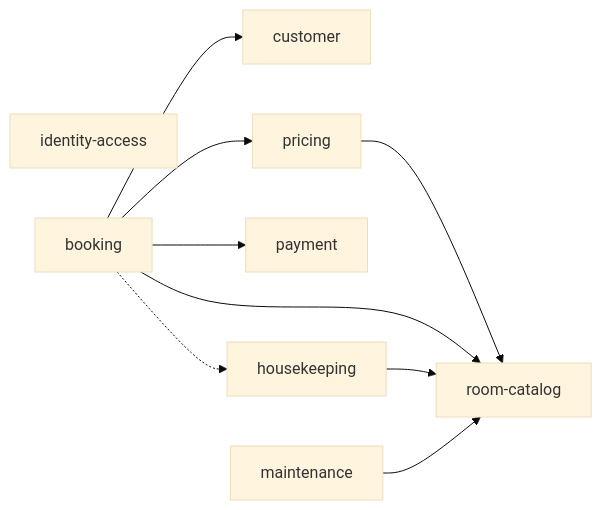
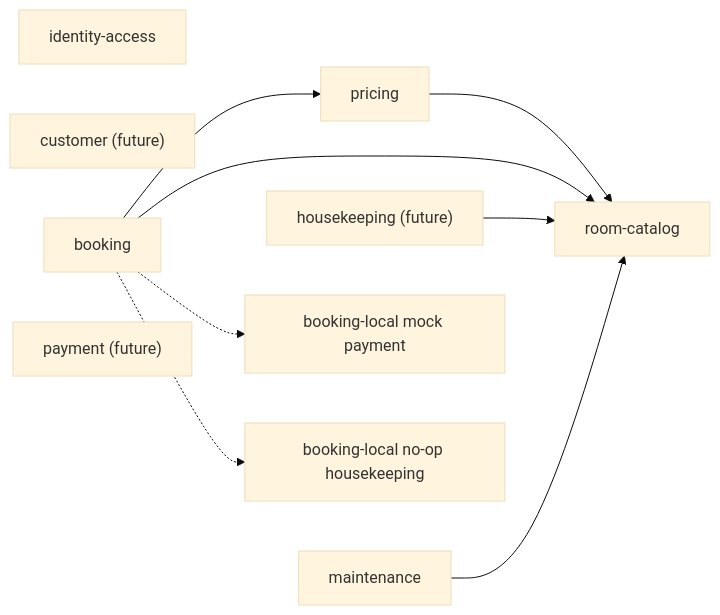
Before and after one commit to dinhhuy-dev/hotel-api: the second of 2 diagrams in docs/architecture.md, drawn with Mermaid (base theme). The commit also changed other lines of this file and 4 other files, not shown here.

````diff
--- a/docs/architecture.md
+++ b/docs/architecture.md
@@ -63,21 +63,22 @@
 ```mermaid
 flowchart LR
     Identity["identity-access"]
-    Customer["customer"]
+    Customer["customer (future)"]
     Rooms["room-catalog"]
     Pricing["pricing"]
     Booking["booking"]
-    Payment["payment"]
-    Housekeeping["housekeeping"]
+    Payment["payment (future)"]
+    Housekeeping["housekeeping (future)"]
     Maintenance["maintenance"]
+    MockPayment["booking-local mock payment"]
+    MockHousekeeping["booking-local no-op housekeeping"]
 
     Pricing --> Rooms
     Booking --> Rooms
     Booking --> Pricing
-    Booking --> Customer
-    Booking --> Payment
     Housekeeping --> Rooms
     Maintenance --> Rooms
 
-    Booking -.-> Housekeeping
+    Booking -.-> MockPayment
+    Booking -.-> MockHousekeeping
 ```
````
